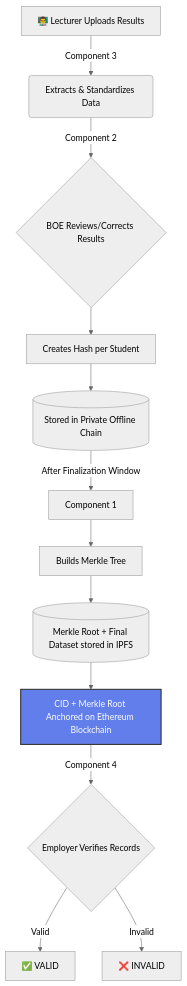
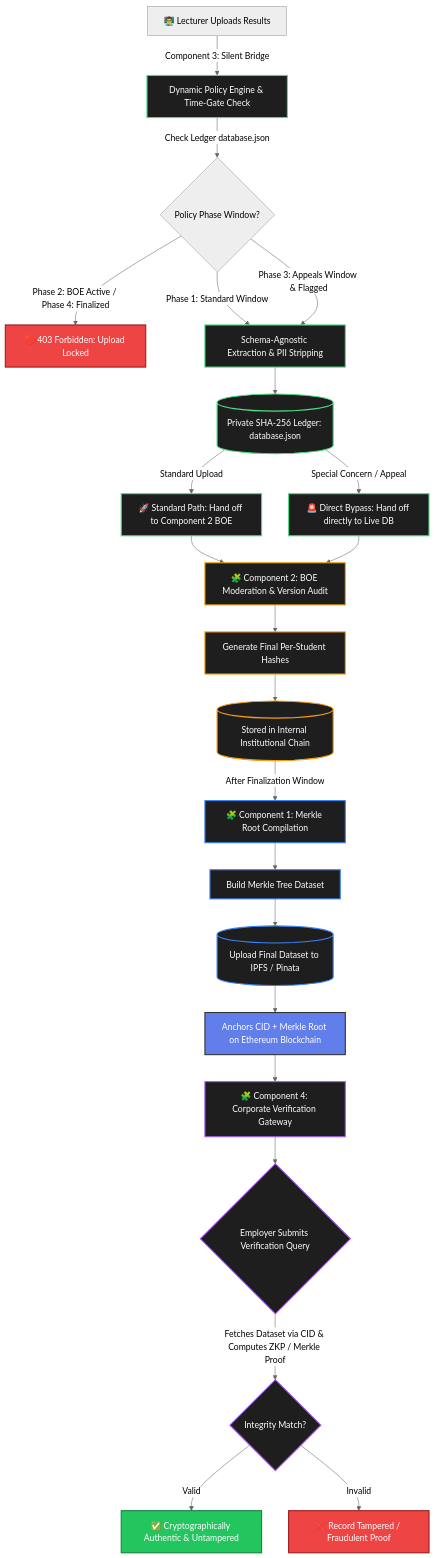
One commit to NIKKAvRULZ/R26-SE-011 changed the diagram in README.md. Above: the diagram before and after it, drawn with Mermaid (neutral theme). The commit also changed other lines of this file, not shown here.

Commit message:
feat: Enhance README with detailed problem statement and solution overview for Silent Bridge component

````diff
--- a/README.md
+++ b/README.md
@@ -56,17 +56,53 @@
 ```mermaid
 graph TD
-    A[👨‍🏫 Lecturer Uploads Results] -->|Component 3| B(Extracts & Standardizes Data)
-    B -->|Component 2| C{BOE Reviews/Corrects Results}
-    C --> D[Creates Hash per Student]
-    D --> E[(Stored in Private Offline Chain)]
-    E -->|After Finalization Window| F[Component 1]
-    F --> G[Builds Merkle Tree]
-    G --> H[(Merkle Root + Final Dataset stored in IPFS)]
-    H --> I[CID + Merkle Root Anchored on Ethereum Blockchain]
-    I -->|Component 4| J{Employer Verifies Records}
-    J -->|Valid| K[✅ VALID]
-    J -->|Invalid| L[❌ INVALID]
+    %% Component 3 Flow
+    A[👨‍🏫 Lecturer Uploads Results] -->|Component 3: Silent Bridge| B[Dynamic Policy Engine & Time-Gate Check]
+    B -->|Check Ledger database.json| C{Policy Phase Window?}
     
+    C -->|Phase 2: BOE Active / Phase 4: Finalized| D[🛑 403 Forbidden: Upload Locked]
+    C -->|Phase 1: Standard Window| E[Schema-Agnostic Extraction & PII Stripping]
+    C -->|Phase 3: Appeals Window & Flagged| E
+    
+    E --> F[(Private SHA-256 Ledger: database.json)]
+    
+    %% Context-Aware Routing Fork
+    F -->|Standard Upload| G[🚀 Standard Path: Hand off to Component 2 BOE]
+    F -->|Special Concern / Appeal| H[🚨 Direct Bypass: Hand off directly to Live DB]
+
+    %% Component 2 Flow
+    G --> I[🧩 Component 2: BOE Moderation & Version Audit]
+    H --> I
+    I --> J[Generate Final Per-Student Hashes]
+    J --> K[(Stored in Internal Institutional Chain)]
+
+    %% Component 1 Flow
+    K -->|After Finalization Window| L[🧩 Component 1: Merkle Root Compilation]
+    L --> M[Build Merkle Tree Dataset]
+    M --> N[(Upload Final Dataset to IPFS / Pinata)]
+    N --> O[Anchors CID + Merkle Root on Ethereum Blockchain]
+
+    %% Component 4 Flow
+    O --> P[🧩 Component 4: Corporate Verification Gateway]
+    P --> Q{Employer Submits Verification Query}
+    Q -->|Fetches Dataset via CID & Computes ZKP / Merkle Proof| R{Integrity Match?}
+    
+    R -->|Valid| S[✅ Cryptographically Authentic & Untampered]
+    R -->|Invalid| T[❌ Record Tampered / Fraudulent Proof]
+
+    %% Styling
+    classDef comp3 fill:#1e1e1e,stroke:#4ade80,stroke-width:2px,color:#fff;
+    classDef comp2 fill:#1e1e1e,stroke:#f59e0b,stroke-width:2px,color:#fff;
+    classDef comp1 fill:#1e1e1e,stroke:#3b82f6,stroke-width:2px,color:#fff;
+    classDef comp4 fill:#1e1e1e,stroke:#a855f7,stroke-width:2px,color:#fff;
     classDef blockchain fill:#627EEA,stroke:#333,stroke-width:2px,color:#fff;
-    class I blockchain;
+    classDef locked fill:#ef4444,stroke:#991b1b,stroke-width:2px,color:#fff;
+    classDef valid fill:#22c55e,stroke:#15803d,stroke-width:2px,color:#fff;
+
+    class B,E,F,G,H comp3;
+    class I,J,K comp2;
+    class L,M,N comp1;
+    class P,Q,R comp4;
+    class O blockchain;
+    class D,T locked;
+    class S valid;
 ```
````
